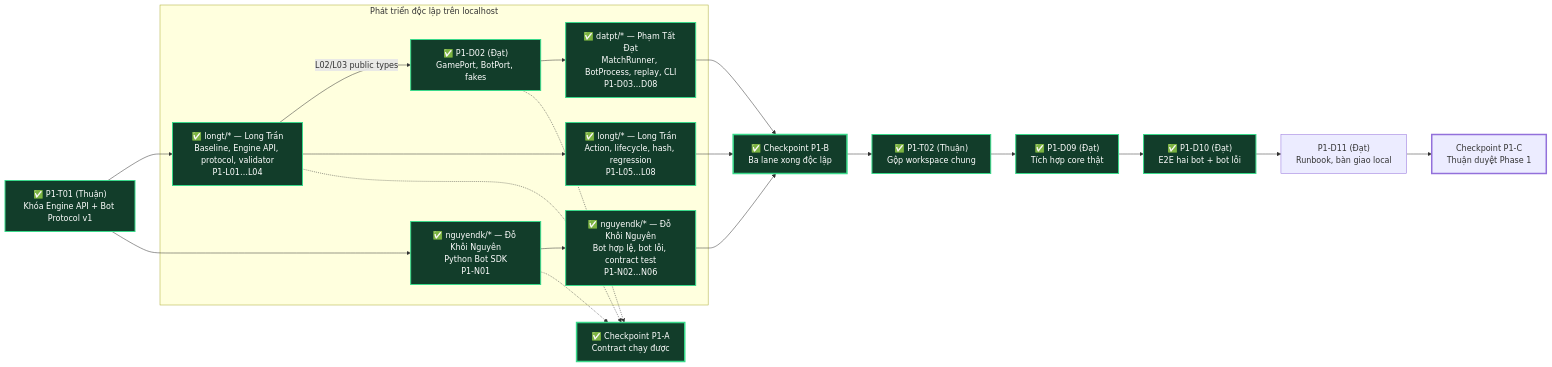
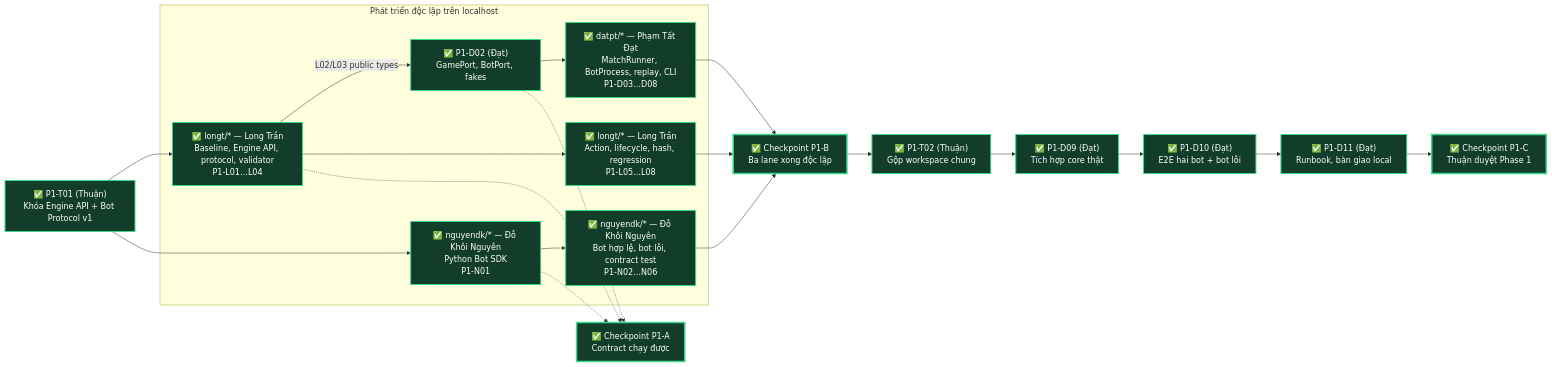
One commit to sock1000kg/dau-giai-ott changed the first of 2 diagrams in docs/team-assignment-phase-1-2.md. Above: the diagram before and after it, drawn with Mermaid. The commit also changed other lines of this file and 4 other files, not shown here.

Commit message:
docs: add Phase 1 local handoff runbook

````diff
--- a/docs/team-assignment-phase-1-2.md
+++ b/docs/team-assignment-phase-1-2.md
@@ -89,36 +89,36 @@
 ```mermaid
 flowchart LR
     T01["✅ P1-T01 (Thuận)<br/>Khóa Engine API + Bot Protocol v1"]
 
     subgraph LANES["Phát triển độc lập trên localhost"]
         L1["✅ longt/* — Long Trần<br/>Baseline, Engine API, protocol, validator<br/>P1-L01…L04"]
         L2["✅ longt/* — Long Trần<br/>Action, lifecycle, hash, regression<br/>P1-L05…L08"]
         N1["✅ nguyendk/* — Đỗ Khôi Nguyên<br/>Python Bot SDK<br/>P1-N01"]
         N2["✅ nguyendk/* — Đỗ Khôi Nguyên<br/>Bot hợp lệ, bot lỗi, contract test<br/>P1-N02…N06"]
         D1["✅ P1-D02 (Đạt)<br/>GamePort, BotPort, fakes"]
         D2["✅ datpt/* — Phạm Tất Đạt<br/>MatchRunner, BotProcess, replay, CLI<br/>P1-D03…D08"]
     end
 
     PA["✅ Checkpoint P1-A<br/>Contract chạy được"]
     PB["✅ Checkpoint P1-B<br/>Ba lane xong độc lập"]
     T02["✅ P1-T02 (Thuận)<br/>Gộp workspace chung"]
     D9["✅ P1-D09 (Đạt)<br/>Tích hợp core thật"]
     D10["✅ P1-D10 (Đạt)<br/>E2E hai bot + bot lỗi"]
-    D11["P1-D11 (Đạt)<br/>Runbook, bàn giao local"]
-    PC["Checkpoint P1-C<br/>Thuận duyệt Phase 1"]
+    D11["✅ P1-D11 (Đạt)<br/>Runbook, bàn giao local"]
+    PC["✅ Checkpoint P1-C<br/>Thuận duyệt Phase 1"]
 
     T01 --> L1
     T01 --> N1
     L1 -->|L02/L03 public types| D1
     L1 --> L2
     N1 --> N2
     D1 --> D2
     L1 & N1 & D1 -.-> PA
     L2 & N2 & D2 --> PB
     PB --> T02 --> D9 --> D10 --> D11 --> PC
 
     classDef done fill:#123d2a,stroke:#39d98a,color:#ffffff,stroke-width:2px;
     classDef gate stroke-width:3px;
-    class T01,L1,L2,N1,N2,D1,D2,PA,PB,T02,D9,D10 done;
+    class T01,L1,L2,N1,N2,D1,D2,PA,PB,T02,D9,D10,D11,PC done;
     class PA,PB,PC gate;
 ```
````
